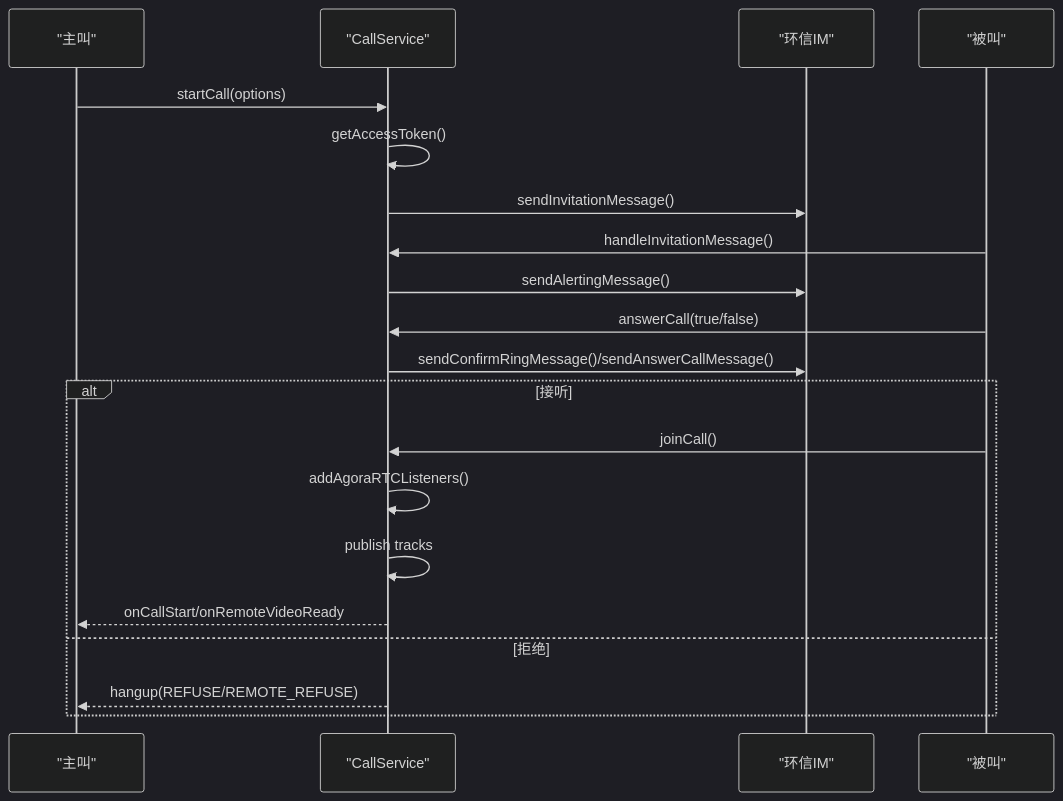
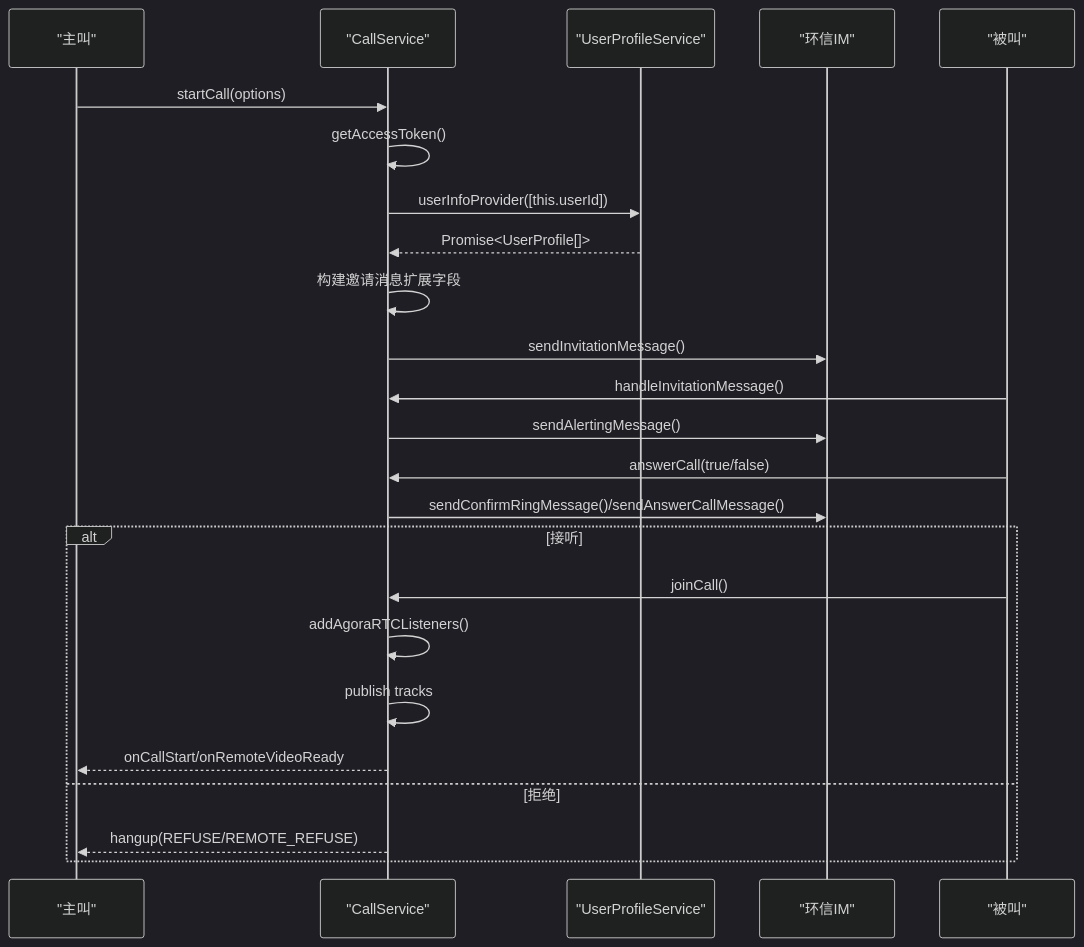
The fourth of 9 diagrams in .qoder/repowiki/zh/content/服务层/通话服务 (CallService).md (Easemob-Community/easemob-uikit-callkit-vue3), drawn with Mermaid (dark theme) before and after one commit. The commit also changed other lines of this file and 15 other files, not shown here.

````diff
--- a/.qoder/repowiki/zh/content/服务层/通话服务 (CallService).md
+++ b/.qoder/repowiki/zh/content/服务层/通话服务 (CallService).md
@@ -261,22 +291,26 @@
 ```mermaid
 sequenceDiagram
 participant Caller as "主叫"
 participant CS as "CallService"
+participant UPS as "UserProfileService"
 participant IM as "环信IM"
 participant Callee as "被叫"
 Caller->>CS : startCall(options)
 CS->>CS : getAccessToken()
+CS->>UPS : userInfoProvider([this.userId])
+UPS-->>CS : Promise<UserProfile[]>
+CS->>CS : 构建邀请消息扩展字段
 CS->>IM : sendInvitationMessage()
 Callee->>CS : handleInvitationMessage()
 CS->>IM : sendAlertingMessage()
 Callee->>CS : answerCall(true/false)
 CS->>IM : sendConfirmRingMessage()/sendAnswerCallMessage()
 alt 接听
 Callee->>CS : joinCall()
 CS->>CS : addAgoraRTCListeners()
 CS->>CS : publish tracks
 CS-->>Caller : onCallStart/onRemoteVideoReady
 else 拒绝
 CS-->>Caller : hangup(REFUSE/REMOTE_REFUSE)
 end
 ```
````
